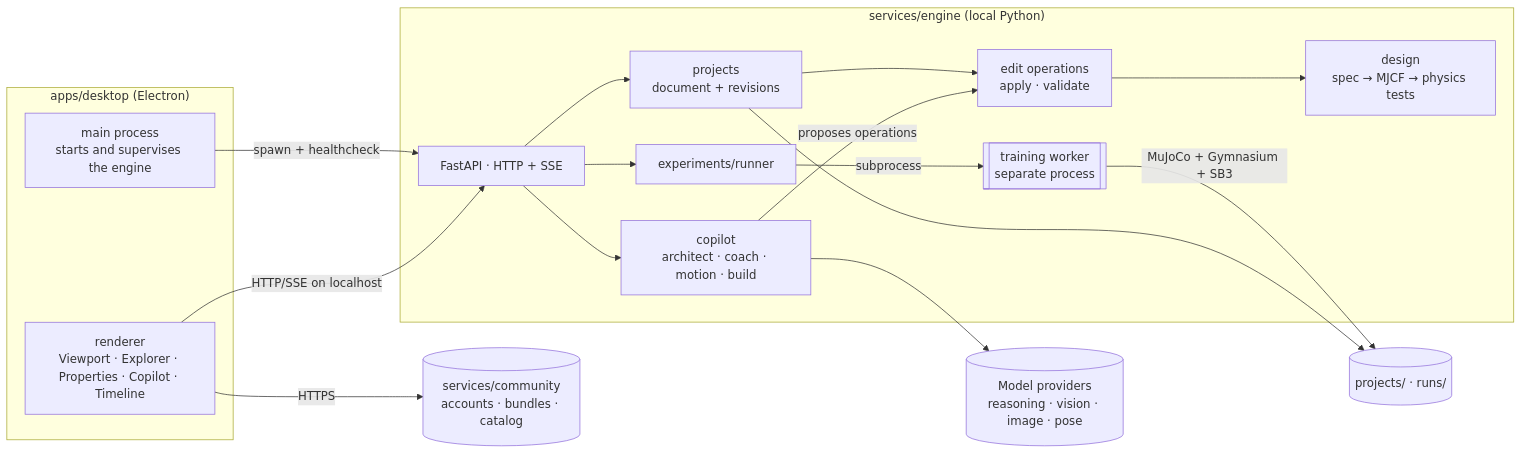
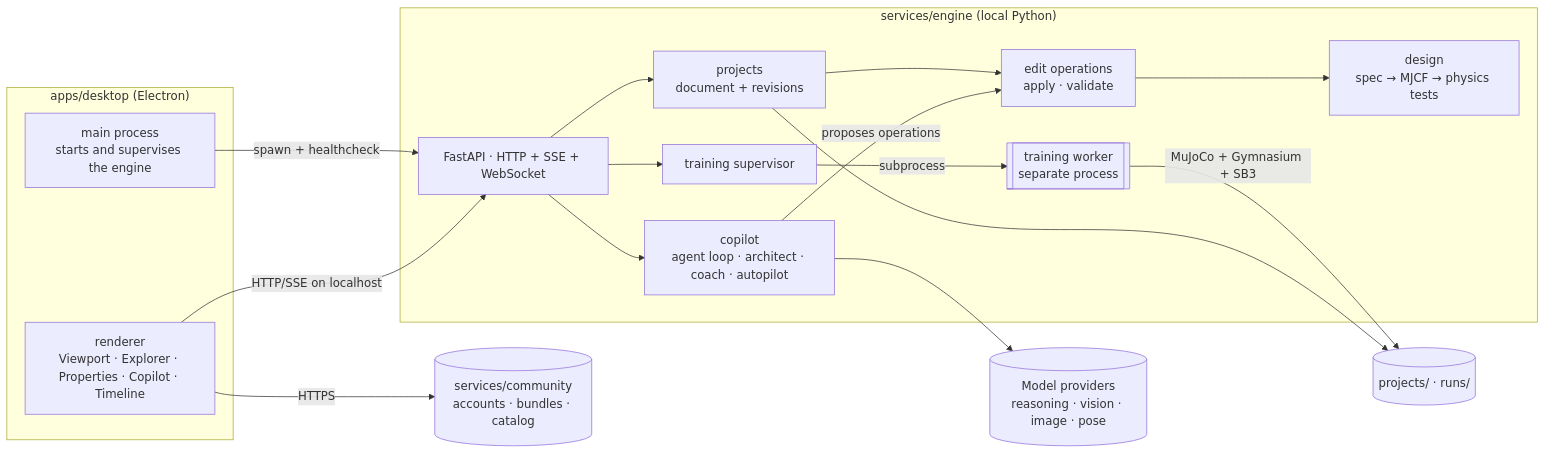
The diagram in docs/architecture.md (omarzone/icarus-studio-3d), drawn with Mermaid before and after one commit. The commit also changed other lines of this file and 13 other files, not shown here.

````diff
--- a/docs/architecture.md
+++ b/docs/architecture.md
@@ -13,29 +13,29 @@
 ```mermaid
 flowchart LR
   subgraph Desktop["apps/desktop (Electron)"]
     MAIN[main process<br/>starts and supervises the engine]
     UI[renderer<br/>Viewport · Explorer · Properties · Copilot · Timeline]
   end
   subgraph Engine["services/engine (local Python)"]
-    API[FastAPI · HTTP + SSE]
+    API[FastAPI · HTTP + SSE + WebSocket]
     PROJ[projects<br/>document + revisions]
     OPS[edit operations<br/>apply · validate]
     DES[design<br/>spec → MJCF → physics tests]
-    COP[copilot<br/>architect · coach · motion · build]
-    RUN[experiments/runner]
+    COP[copilot<br/>agent loop · architect · coach · autopilot]
+    RUN[training supervisor]
     WRK[[training worker<br/>separate process]]
   end
   MODELS[(Model providers<br/>reasoning · vision · image · pose)]
   COMM[(services/community<br/>accounts · bundles · catalog)]
   FS[(projects/ · runs/)]
 
   MAIN -- spawn + healthcheck --> API
   UI -- HTTP/SSE on localhost --> API
   UI -- HTTPS --> COMM
   API --> PROJ --> OPS --> DES
   API --> COP --> MODELS
   COP -- proposes operations --> OPS
   API --> RUN -- subprocess --> WRK
   WRK -- MuJoCo + Gymnasium + SB3 --> FS
   PROJ --> FS
 ```
````
